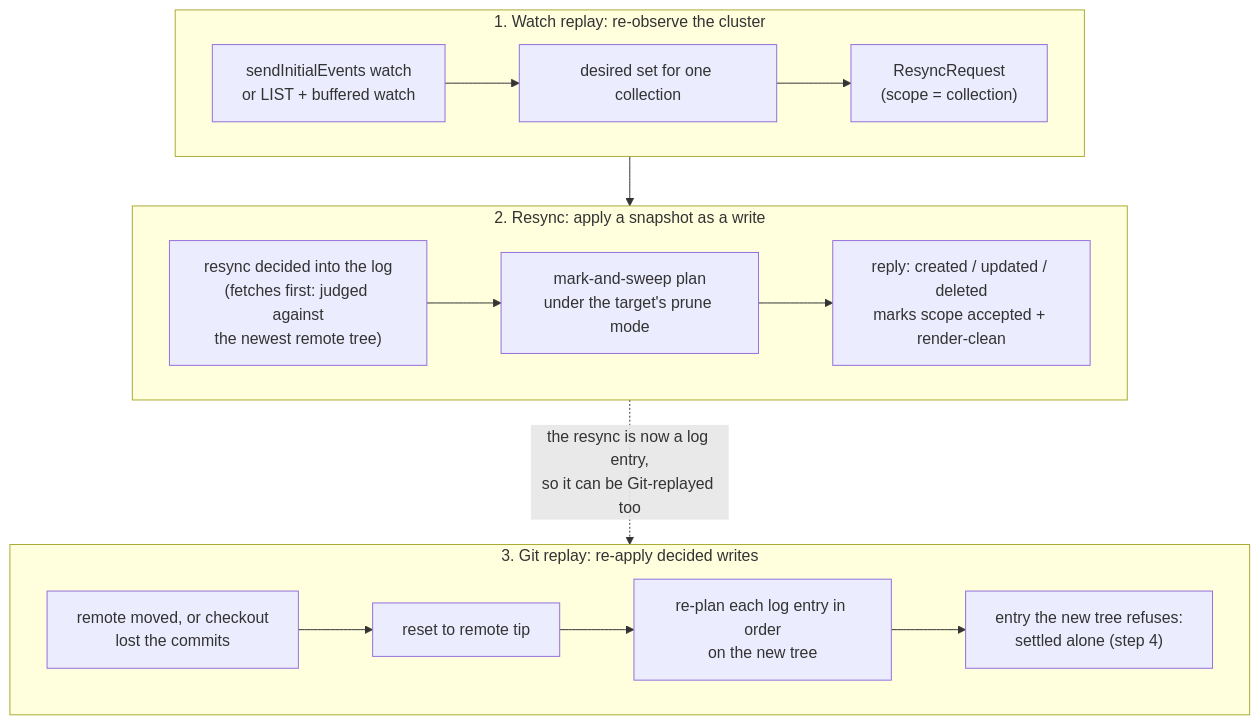
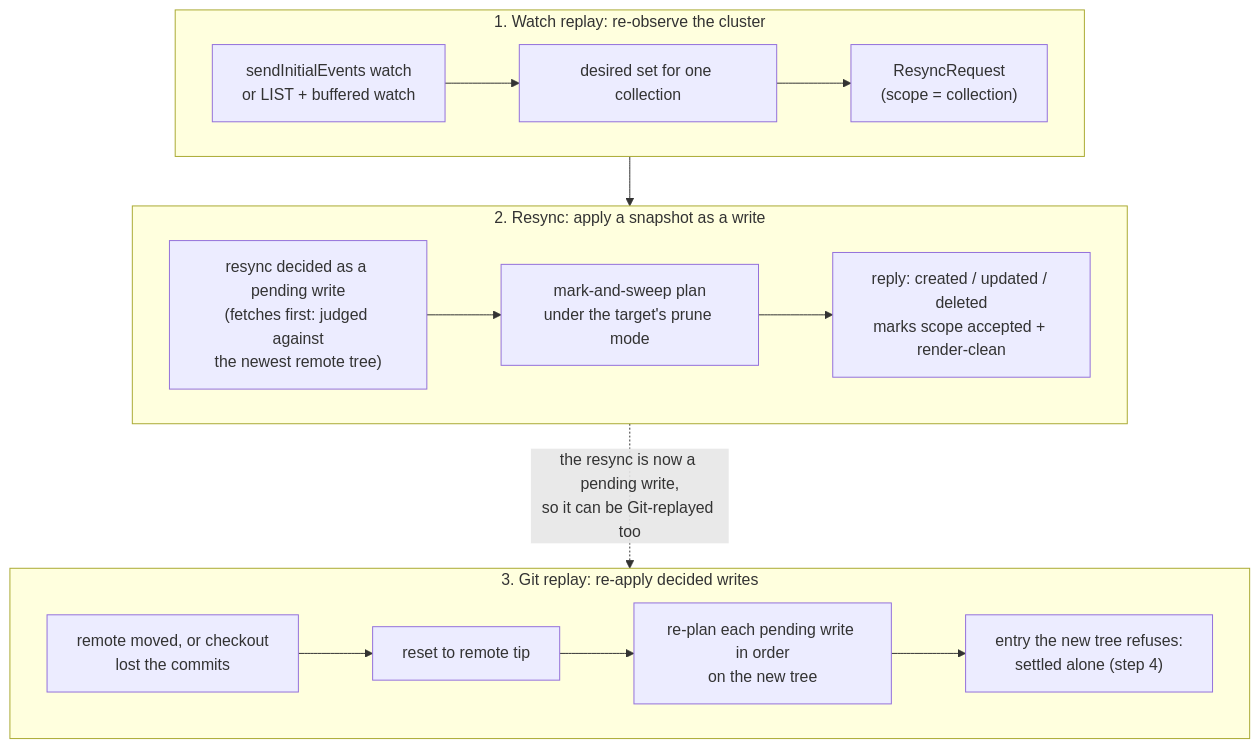
One commit to ConfigButler/gitops-reverser changed the fourth of 12 diagrams in docs/design/event-pipeline-overview.md. Above: the diagram before and after it, drawn with Mermaid. The commit also changed other lines of this file and 32 other files, not shown here.

First line of the commit message:
refactor(git): call what a branch worker holds its pending writes

````diff
--- a/docs/design/event-pipeline-overview.md
+++ b/docs/design/event-pipeline-overview.md
@@ -185,24 +185,24 @@
 ```mermaid
 flowchart TB
     subgraph R1["1. Watch replay: re-observe the cluster"]
         direction LR
         A1["sendInitialEvents watch<br/>or LIST + buffered watch"] --> A2["desired set for one collection"]
         A2 --> A3["ResyncRequest<br/>(scope = collection)"]
     end
 
     subgraph R2["2. Resync: apply a snapshot as a write"]
         direction LR
-        B1["resync decided into the log<br/>(fetches first: judged against<br/>the newest remote tree)"] --> B2["mark-and-sweep plan<br/>under the target's prune mode"]
+        B1["resync decided as a pending write<br/>(fetches first: judged against<br/>the newest remote tree)"] --> B2["mark-and-sweep plan<br/>under the target's prune mode"]
         B2 --> B3["reply: created / updated / deleted<br/>marks scope accepted + render-clean"]
     end
 
     subgraph R3["3. Git replay: re-apply decided writes"]
         direction LR
         C1["remote moved, or checkout<br/>lost the commits"] --> C2["reset to remote tip"]
-        C2 --> C3["re-plan each log entry in order<br/>on the new tree"]
+        C2 --> C3["re-plan each pending write in order<br/>on the new tree"]
         C3 --> C4["entry the new tree refuses:<br/>settled alone (step 4)"]
     end
 
     R1 --> R2
-    R2 -. "the resync is now a log entry,<br/>so it can be Git-replayed too" .-> R3
+    R2 -. "the resync is now a pending write,<br/>so it can be Git-replayed too" .-> R3
 ```
````
